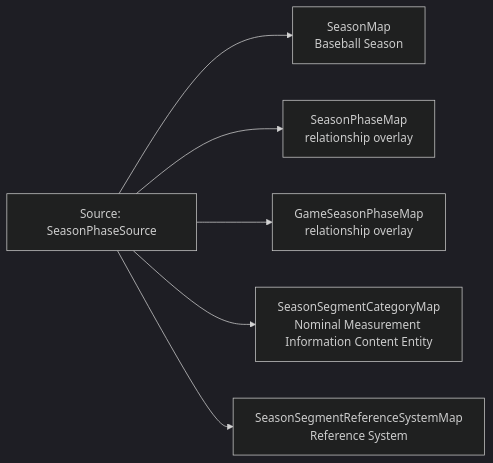
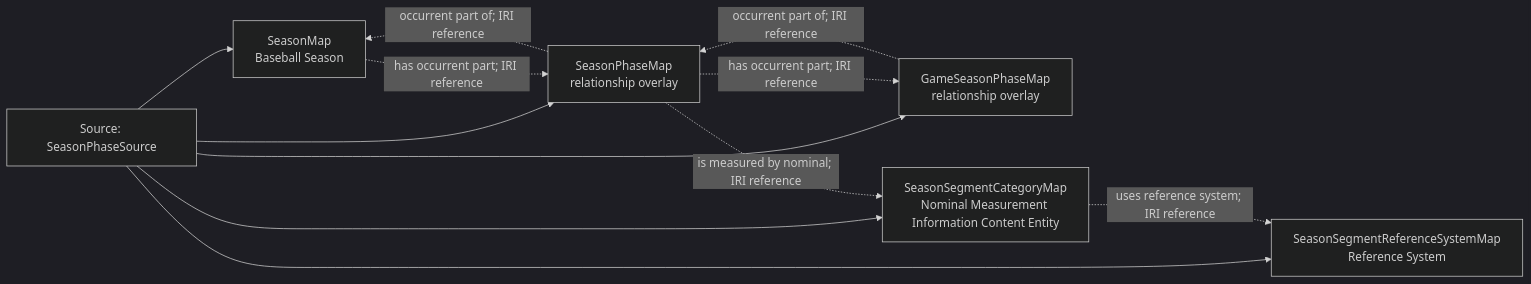
One commit to CarterBeauBenson/BaseballO changed the diagram in Baseball/mermaid/patterns/mlb-game/58-season-phase.md. Above: the diagram before and after it, drawn with Mermaid (dark theme). The commit also changed other lines of this file and 152 other files, not shown here.

````diff
--- a/Baseball/mermaid/patterns/mlb-game/58-season-phase.md
+++ b/Baseball/mermaid/patterns/mlb-game/58-season-phase.md
@@ -10,14 +10,20 @@
 ```mermaid
 flowchart LR
     S01["Source: SeasonPhaseSource"]
     M01["SeasonMap<br/>Baseball Season"]
     M02["SeasonPhaseMap<br/>relationship overlay"]
     M03["GameSeasonPhaseMap<br/>relationship overlay"]
     M04["SeasonSegmentCategoryMap<br/>Nominal Measurement Information Content Entity"]
     M05["SeasonSegmentReferenceSystemMap<br/>Reference System"]
     S01 --> M01
     S01 --> M02
     S01 --> M03
     S01 --> M04
     S01 --> M05
+    M01 -.->|has occurrent part; IRI reference| M02
+    M02 -.->|has occurrent part; IRI reference| M03
+    M02 -.->|is measured by nominal; IRI reference| M04
+    M02 -.->|occurrent part of; IRI reference| M01
+    M03 -.->|occurrent part of; IRI reference| M02
+    M04 -.->|uses reference system; IRI reference| M05
 ```
````
